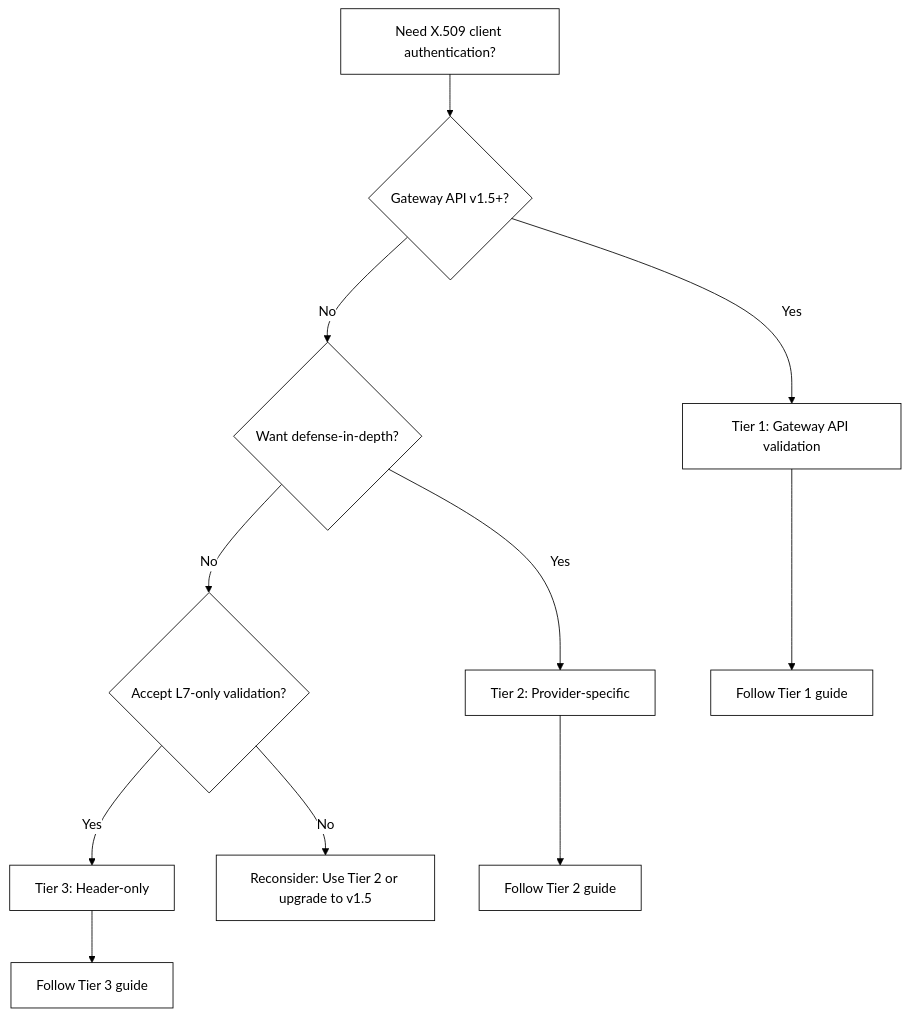
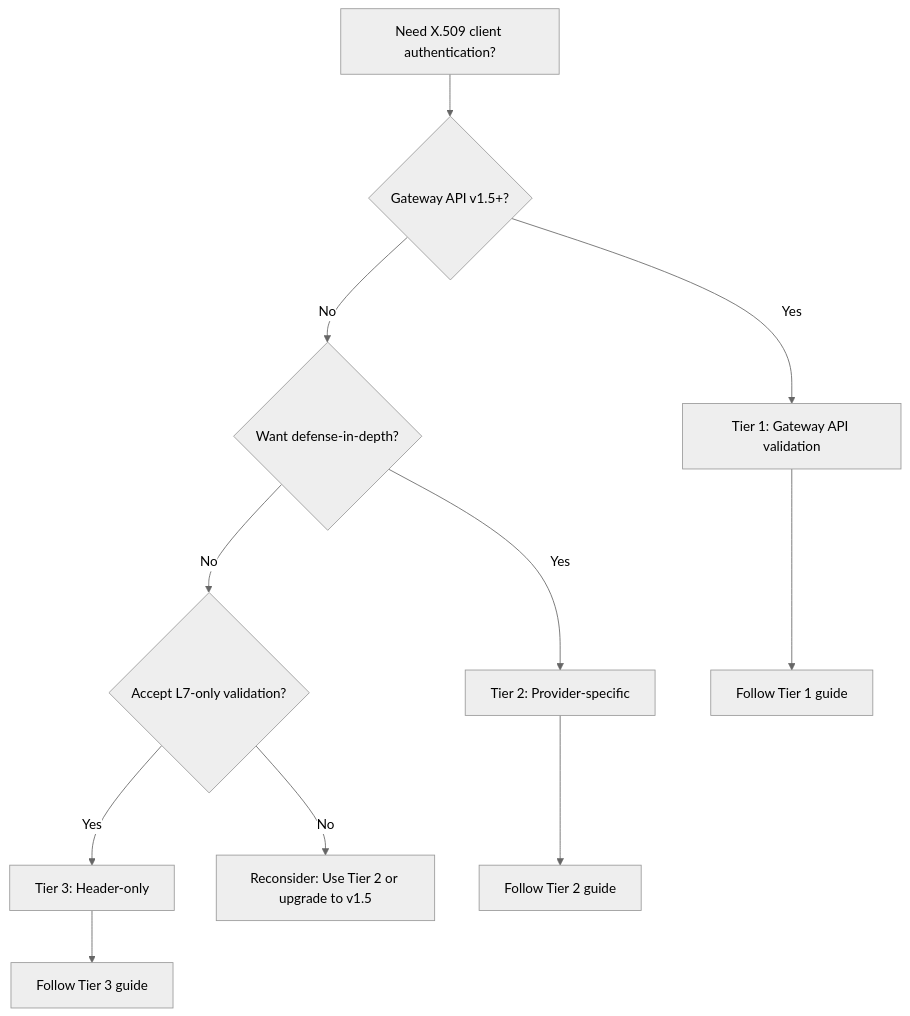
The diagram in doc/user-guides/auth/x509-authentication.md (eguzki/kuadrant-operator), drawn with Mermaid before and after one commit. The commit also changed 3 other files, not shown here.

````diff
--- a/doc/user-guides/auth/x509-authentication.md
+++ b/doc/user-guides/auth/x509-authentication.md
@@ -55,31 +55,19 @@
 ```mermaid
-%%{init: {'theme':'base', 'themeVariables': { 'primaryColor':'#fff','primaryTextColor':'#000','primaryBorderColor':'#000','lineColor':'#000','secondaryColor':'#fff','tertiaryColor':'#fff','clusterBkg':'#fff','clusterBorder':'#000','edgeLabelBackground':'#fff'}}}%%
+%%{init: {'theme':'neutral'}}%%
 graph TD
     Start[Need X.509 client authentication?]
     Start --> GatewayAPI{Gateway API v1.5+?}
 
     GatewayAPI -->|Yes| Tier1[Tier 1: Gateway API validation]
     GatewayAPI -->|No| DefenseDepth{Want defense-in-depth?}
 
     DefenseDepth -->|Yes| Tier2[Tier 2: Provider-specific]
     DefenseDepth -->|No| AcceptL7{Accept L7-only validation?}
 
     AcceptL7 -->|Yes| Tier3[Tier 3: Header-only]
     AcceptL7 -->|No| Reconsider[Reconsider: Use Tier 2 or upgrade to v1.5]
 
     Tier1 --> Tier1Link[Follow Tier 1 guide]
     Tier2 --> Tier2Link[Follow Tier 2 guide]
     Tier3 --> Tier3Link[Follow Tier 3 guide]
-
-    style Tier1 fill:none,stroke:#000,color:#000
-    style Tier2 fill:none,stroke:#000,color:#000
-    style Tier3 fill:none,stroke:#000,color:#000
-    style Reconsider fill:none,stroke:#000,color:#000
-    style Start fill:none,stroke:#000,color:#000
-    style GatewayAPI fill:none,stroke:#000,color:#000
-    style DefenseDepth fill:none,stroke:#000,color:#000
-    style AcceptL7 fill:none,stroke:#000,color:#000
-    style Tier1Link fill:none,stroke:#000,color:#000
-    style Tier2Link fill:none,stroke:#000,color:#000
-    style Tier3Link fill:none,stroke:#000,color:#000
 ```
````
